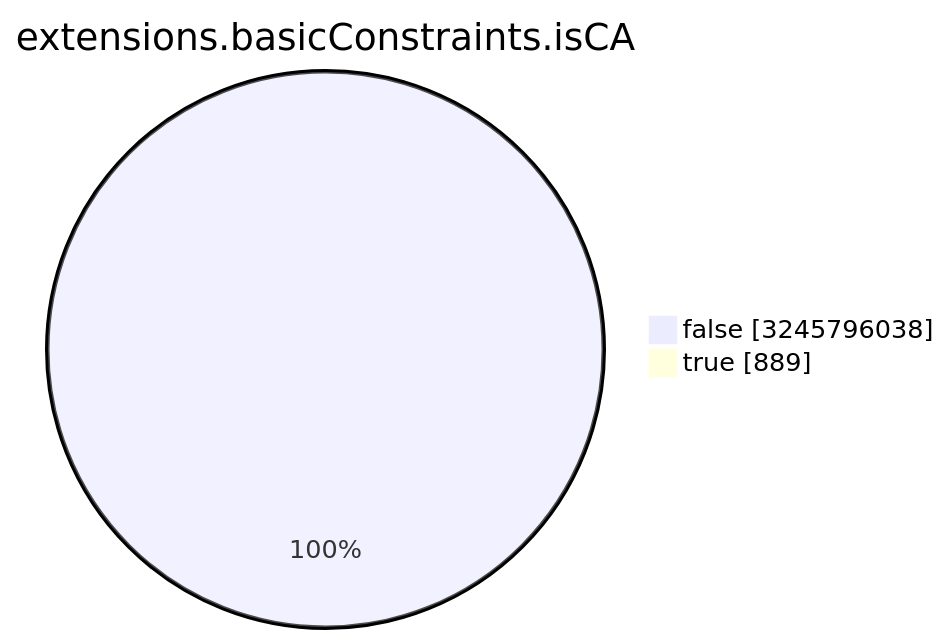
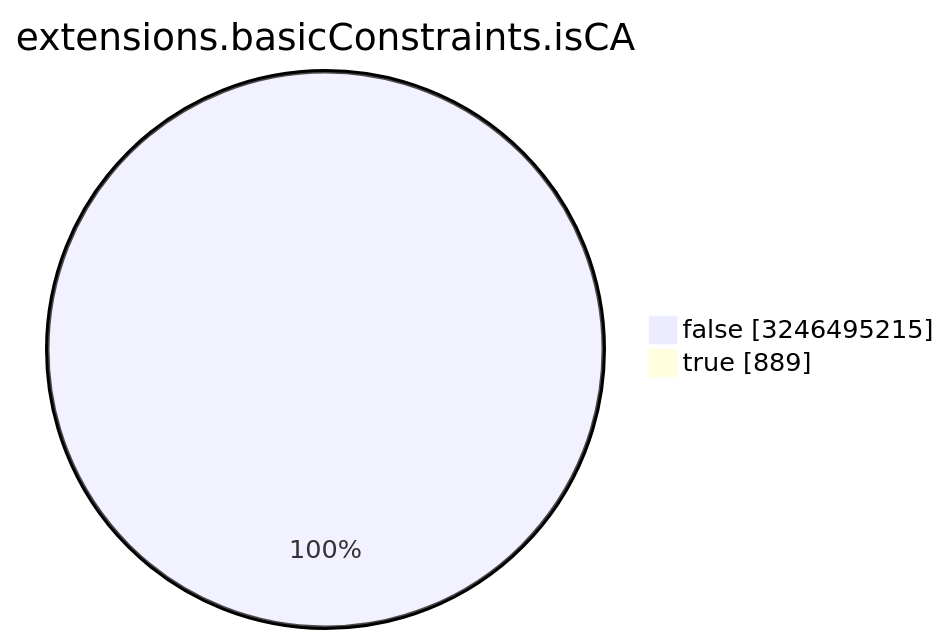
One commit to christiankrug/ctmonitor_visualization changed the seventh of 15 diagrams in TOTAL/README.md. Above: the diagram before and after it, drawn with Mermaid. The commit also changed other lines of this file, not shown here.

````diff
--- a/TOTAL/README.md
+++ b/TOTAL/README.md
@@ -3088,6 +3088,6 @@
 ```mermaid
 pie showData
 title extensions.basicConstraints.isCA
-"false" :3245796038
+"false" :3246495215
 "true" :889
 ```
````
